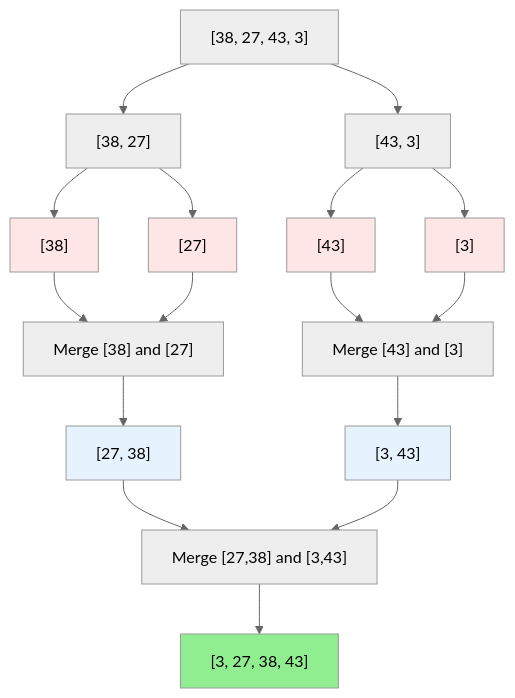
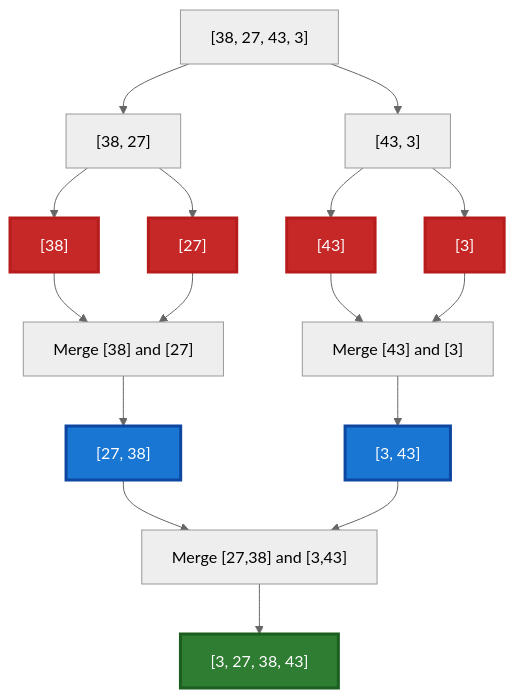
One commit to pentoshi007/tuf changed the seventh of 13 diagrams in dsa/Advanced/sorting/README.md. Above: the diagram before and after it, drawn with Mermaid (neutral theme). The commit also changed other lines of this file, not shown here.

First line of the commit message:
Improve visibility of Mermaid diagrams with better color contrast

````diff
--- a/dsa/Advanced/sorting/README.md
+++ b/dsa/Advanced/sorting/README.md
@@ -495,31 +506,31 @@
 ```mermaid
 graph TD
     A["[38, 27, 43, 3]"] --> B["[38, 27]"]
     A --> C["[43, 3]"]
-    
+
     B --> D["[38]"]
     B --> E["[27]"]
-    
+
     C --> F["[43]"]
     C --> G["[3]"]
-    
+
     D --> H["Merge [38] and [27]"]
     E --> H
     H --> I["[27, 38]"]
-    
+
     F --> J["Merge [43] and [3]"]
     G --> J
     J --> K["[3, 43]"]
-    
+
     I --> L["Merge [27,38] and [3,43]"]
     K --> L
     L --> M["[3, 27, 38, 43]"]
-    
-    style D fill:#FFE6E6
-    style E fill:#FFE6E6
-    style F fill:#FFE6E6
-    style G fill:#FFE6E6
-    style I fill:#E6F3FF
-    style K fill:#E6F3FF
-    style M fill:#90EE90
+
+    style D fill:#C62828,stroke:#B71C1C,stroke-width:3px,color:#fff
+    style E fill:#C62828,stroke:#B71C1C,stroke-width:3px,color:#fff
+    style F fill:#C62828,stroke:#B71C1C,stroke-width:3px,color:#fff
+    style G fill:#C62828,stroke:#B71C1C,stroke-width:3px,color:#fff
+    style I fill:#1976D2,stroke:#0D47A1,stroke-width:3px,color:#fff
+    style K fill:#1976D2,stroke:#0D47A1,stroke-width:3px,color:#fff
+    style M fill:#2E7D32,stroke:#1B5E20,stroke-width:3px,color:#fff
 ```
````
